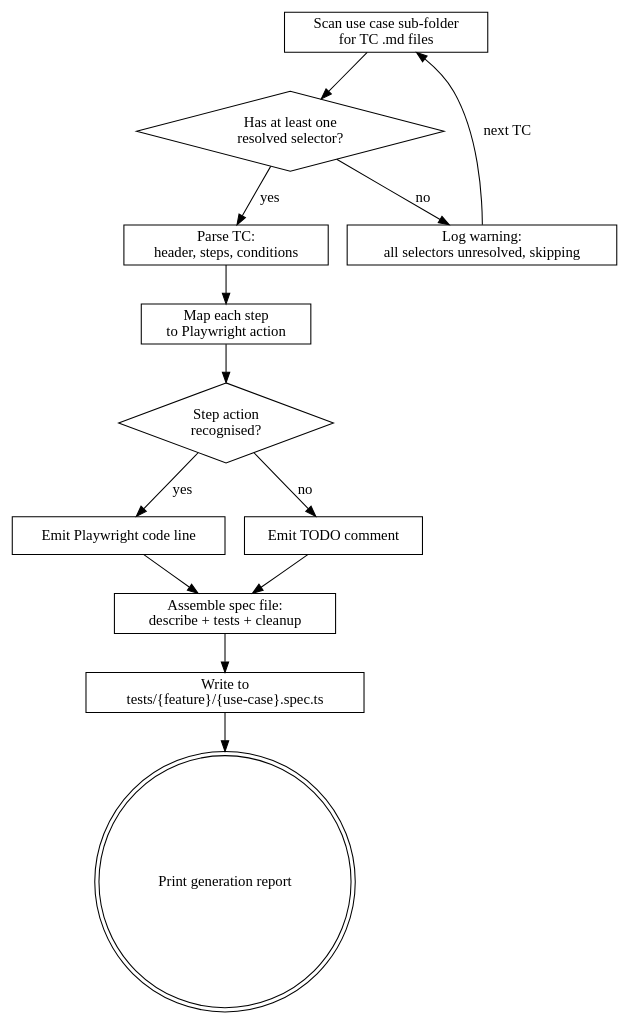
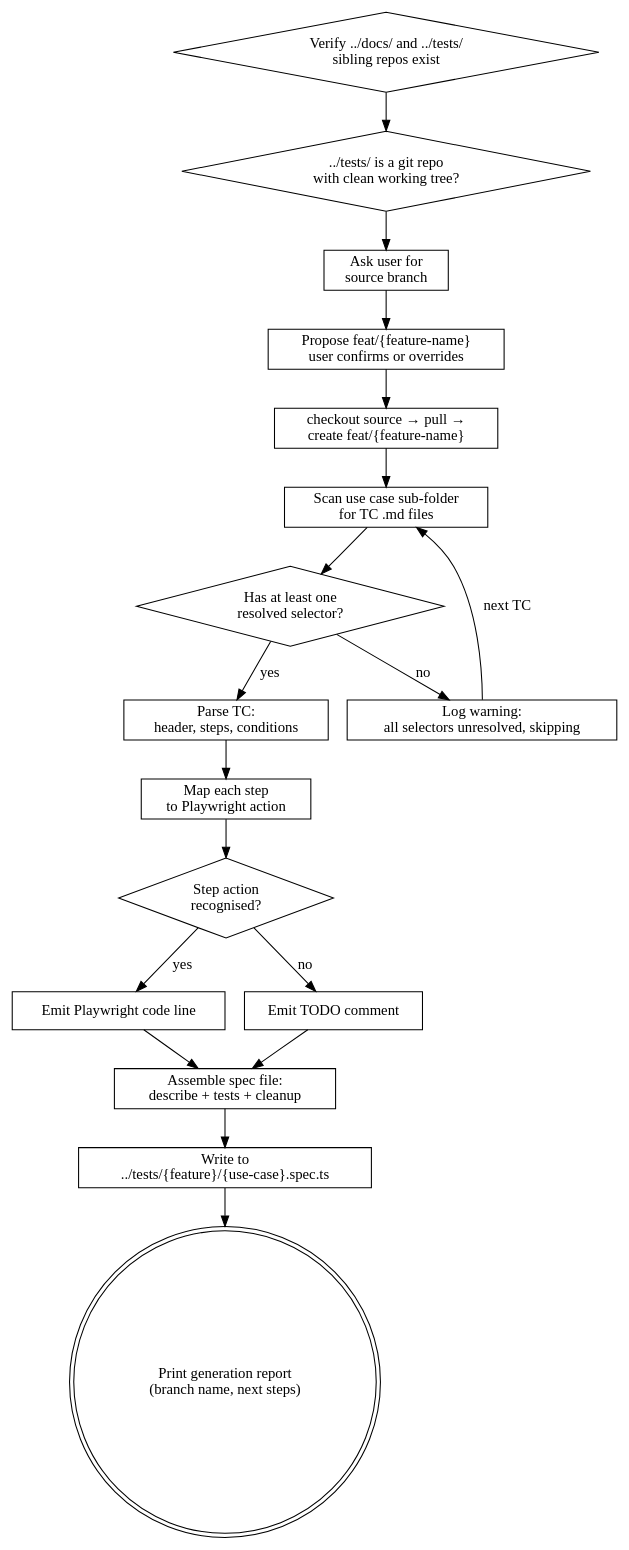
Before and after one commit to nishantvegeta/featurespecartifact: the diagram in .claude/skills/generate-test-suite/SKILL.md, drawn with Graphviz. The commit also changed other lines of this file and 31 other files, not shown here.

````diff
--- a/.claude/skills/generate-test-suite/SKILL.md
+++ b/.claude/skills/generate-test-suite/SKILL.md
@@ -113,30 +150,40 @@
 ```dot
 digraph process {
     rankdir=TB;
 
+    verify_ws [label="Verify ../docs/ and ../tests/\nsibling repos exist" shape=diamond];
+    verify_git [label="../tests/ is a git repo\nwith clean working tree?" shape=diamond];
+    ask_src [label="Ask user for\nsource branch" shape=box];
+    confirm_name [label="Propose feat/{feature-name}\nuser confirms or overrides" shape=box];
+    create_branch [label="checkout source → pull →\ncreate feat/{feature-name}" shape=box];
     scan [label="Scan use case sub-folder\nfor TC .md files" shape=box];
     check [label="Has at least one\nresolved selector?" shape=diamond];
     skip [label="Log warning:\nall selectors unresolved, skipping" shape=box];
     parse [label="Parse TC:\nheader, steps, conditions" shape=box];
     map [label="Map each step\nto Playwright action" shape=box];
     unknown [label="Step action\nrecognised?" shape=diamond];
     emit_code [label="Emit Playwright code line" shape=box];
     emit_todo [label="Emit TODO comment" shape=box];
     assemble [label="Assemble spec file:\ndescribe + tests + cleanup" shape=box];
-    write [label="Write to\ntests/{feature}/{use-case}.spec.ts" shape=box];
-    report [label="Print generation report" shape=doublecircle];
+    write [label="Write to\n../tests/{feature}/{use-case}.spec.ts" shape=box];
+    report [label="Print generation report\n(branch name, next steps)" shape=doublecircle];
 
+    verify_ws -> verify_git;
+    verify_git -> ask_src;
+    ask_src -> confirm_name;
+    confirm_name -> create_branch;
+    create_branch -> scan;
     scan -> check;
     check -> skip [label="no"];
     check -> parse [label="yes"];
     skip -> scan [label="next TC"];
     parse -> map;
     map -> unknown;
     unknown -> emit_code [label="yes"];
     unknown -> emit_todo [label="no"];
     emit_code -> assemble;
     emit_todo -> assemble;
     assemble -> write;
     write -> report;
 }
 ```
````
